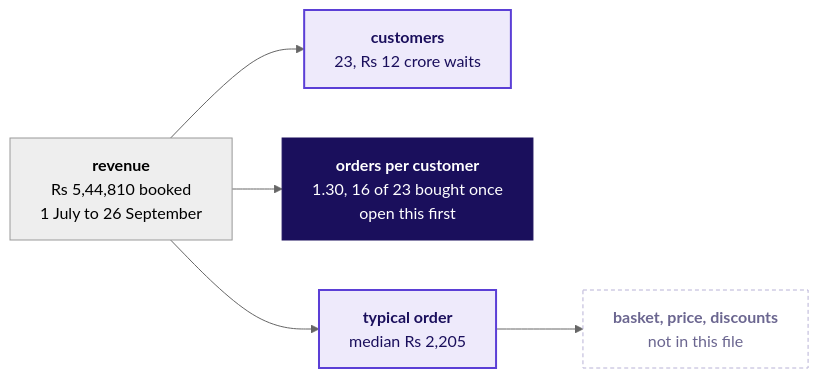
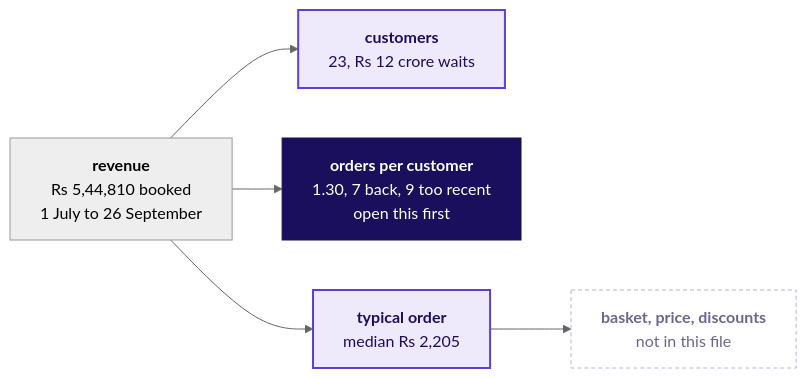
One commit to fde-academy-lab/c2-content-factory changed the ninth of 9 diagrams in content/W01/D1/whiteboards/C2_W01_D01_board_work_STUDENT.md. Above: the diagram before and after it, drawn with Mermaid (neutral theme). The commit also changed other lines of this file and 11 other files, not shown here.

First line of the commit message:
W01 D1 reading and trainer: day sheet on the domain-first grid, notes per chapter, board work with the story's drawings, six-crux cheat sheet, Kahoot by chapter, companion walk and two new workbook tabs

````diff
--- a/content/W01/D1/whiteboards/C2_W01_D01_board_work_STUDENT.md
+++ b/content/W01/D1/whiteboards/C2_W01_D01_board_work_STUDENT.md
@@ -134,13 +194,13 @@
 ```mermaid
 flowchart LR
     R["<b>revenue</b><br/>Rs 5,44,810 booked<br/>1 July to 26 September"] --> C["<b>customers</b><br/>23, Rs 12 crore waits"]
-    R --> F["<b>orders per customer</b><br/>1.30, 16 of 23 bought once<br/>open this first"]
+    R --> F["<b>orders per customer</b><br/>1.30, 7 back, 9 too recent<br/>open this first"]
     R --> A["<b>typical order</b><br/>median Rs 2,205"]
     A --> I["<b>basket, price, discounts</b><br/>not in this file"]
     classDef known fill:#EEEAFB,stroke:#5B3FD6,color:#1A0F5C,stroke-width:2px
     classDef unknown fill:#FFFFFF,stroke:#B8B2D6,color:#6B6690,stroke-dasharray:4 3
     classDef bet fill:#1A0F5C,stroke:#1A0F5C,color:#FFFFFF
     class C,A known
     class I unknown
     class F bet
 ```
````
